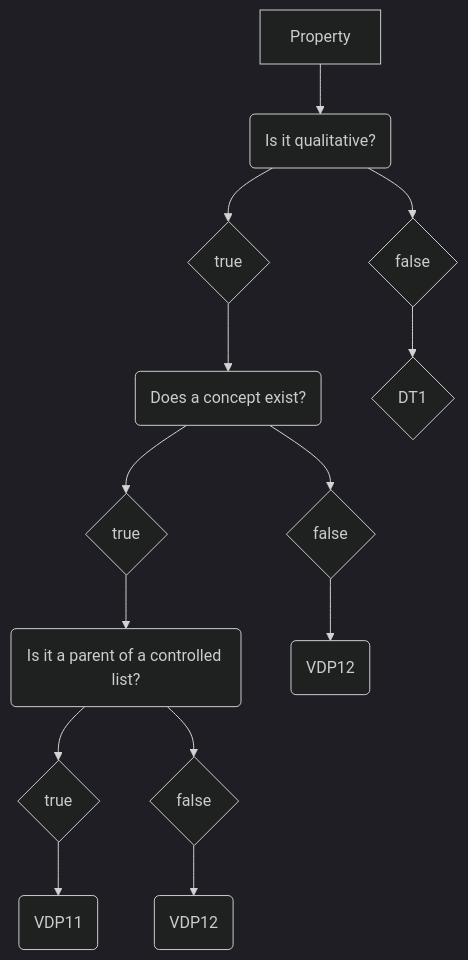
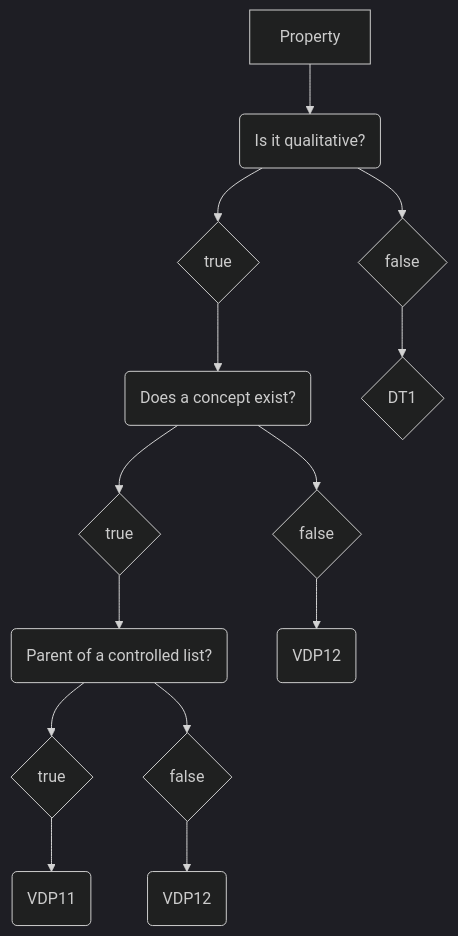
The diagram in Decisition_trees/DT0.mmd (mabablue/I-ADOPT-patterns-playground), drawn with Mermaid (dark theme) before and after one commit.

```diff
--- a/Decisition_trees/DT0.mmd
+++ b/Decisition_trees/DT0.mmd
@@ -1,14 +1,14 @@
 flowchart TD
     A[Property] --> B(Is it qualitative?)
     B --> C{true}
     B --> D{false}
     C --> E(Does a concept exist?) 
     E --> F{true}
     E --> G{false}
-    F --> H(Is it a parent of a controlled list?)
+    F --> H(Parent of a controlled list?)
     D --> I{DT1} 
     G --> J(VDP12)
     H --> L{true}
     L --> M(VDP11)
     H --> N{false}
     N --> O(VDP12)
```
